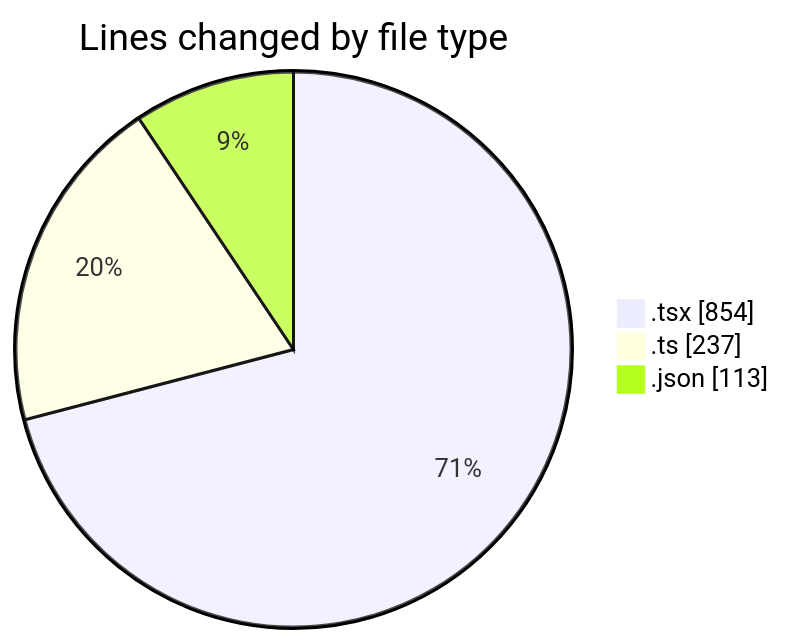
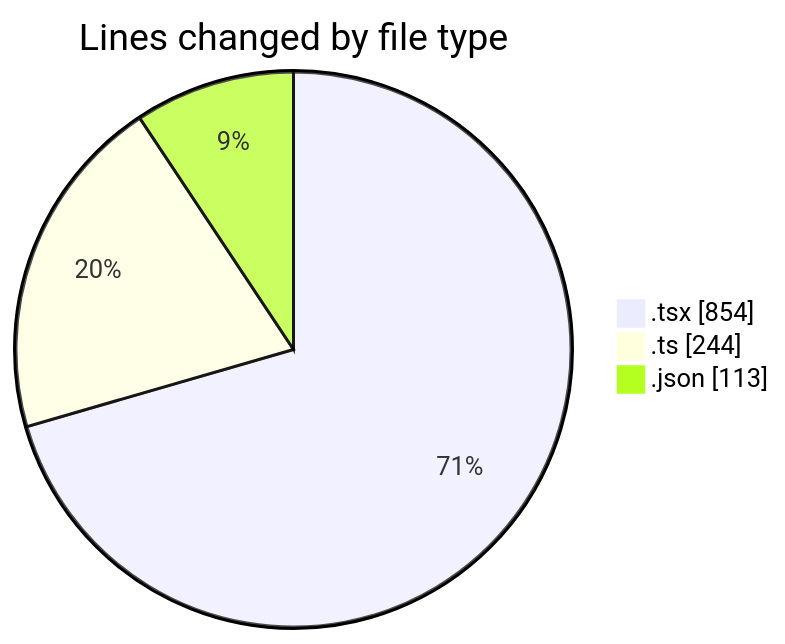
The first of 2 diagrams in 2025-02-23/pdf-analysis-app/README.md (momahboobian/code-tracking), drawn with Mermaid before and after one commit. The commit also changed other lines of this file and 1 other file, not shown here.

````diff
--- a/2025-02-23/pdf-analysis-app/README.md
+++ b/2025-02-23/pdf-analysis-app/README.md
@@ -30,7 +30,7 @@
 ```mermaid
 pie showData
 title Lines changed by file type
 ".tsx" : 854
-".ts" : 237
+".ts" : 244
 ".json" : 113
 ```
````
